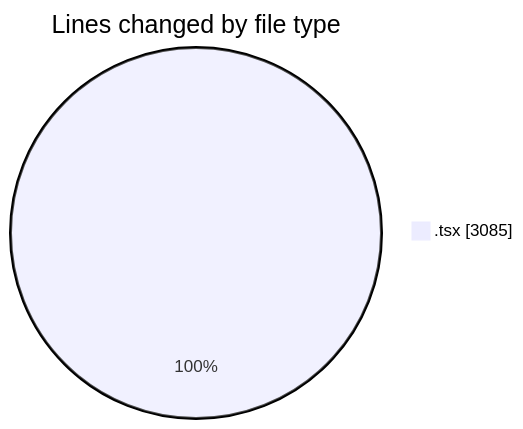
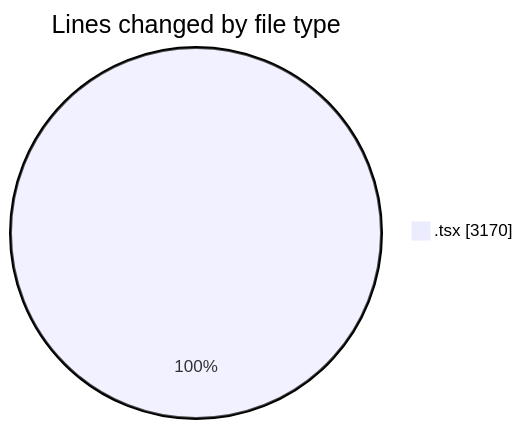
Before and after one commit to lephambinh05/code-tracking: the first of 2 diagrams in 2025-08-21/napxuvn/README.md, drawn with Mermaid. The commit also changed other lines of this file and 1 other file, not shown here.

````diff
--- a/2025-08-21/napxuvn/README.md
+++ b/2025-08-21/napxuvn/README.md
@@ -31,5 +32,5 @@
 ```mermaid
 pie showData
 title Lines changed by file type
-".tsx" : 3085
+".tsx" : 3170
 ```
````
